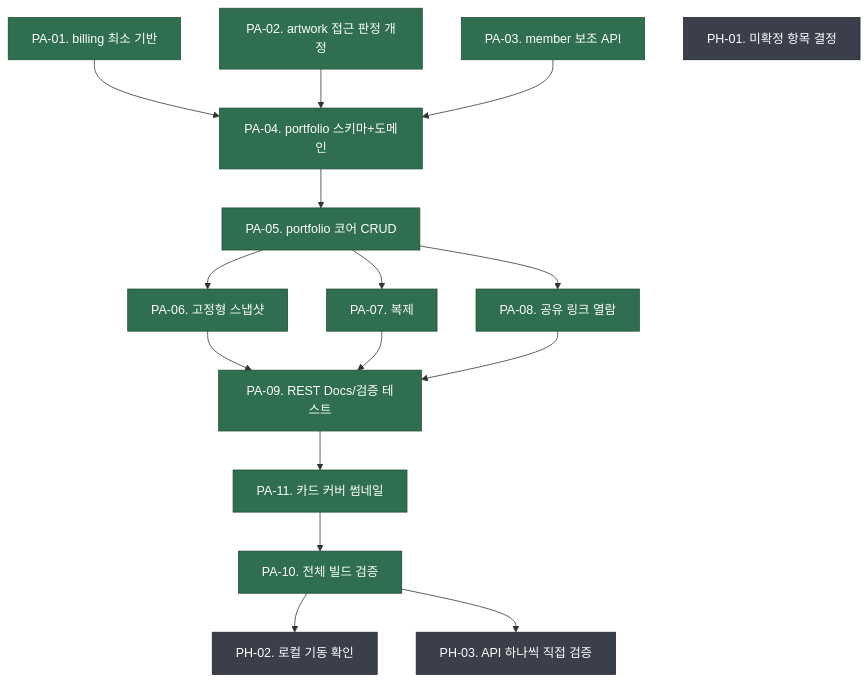
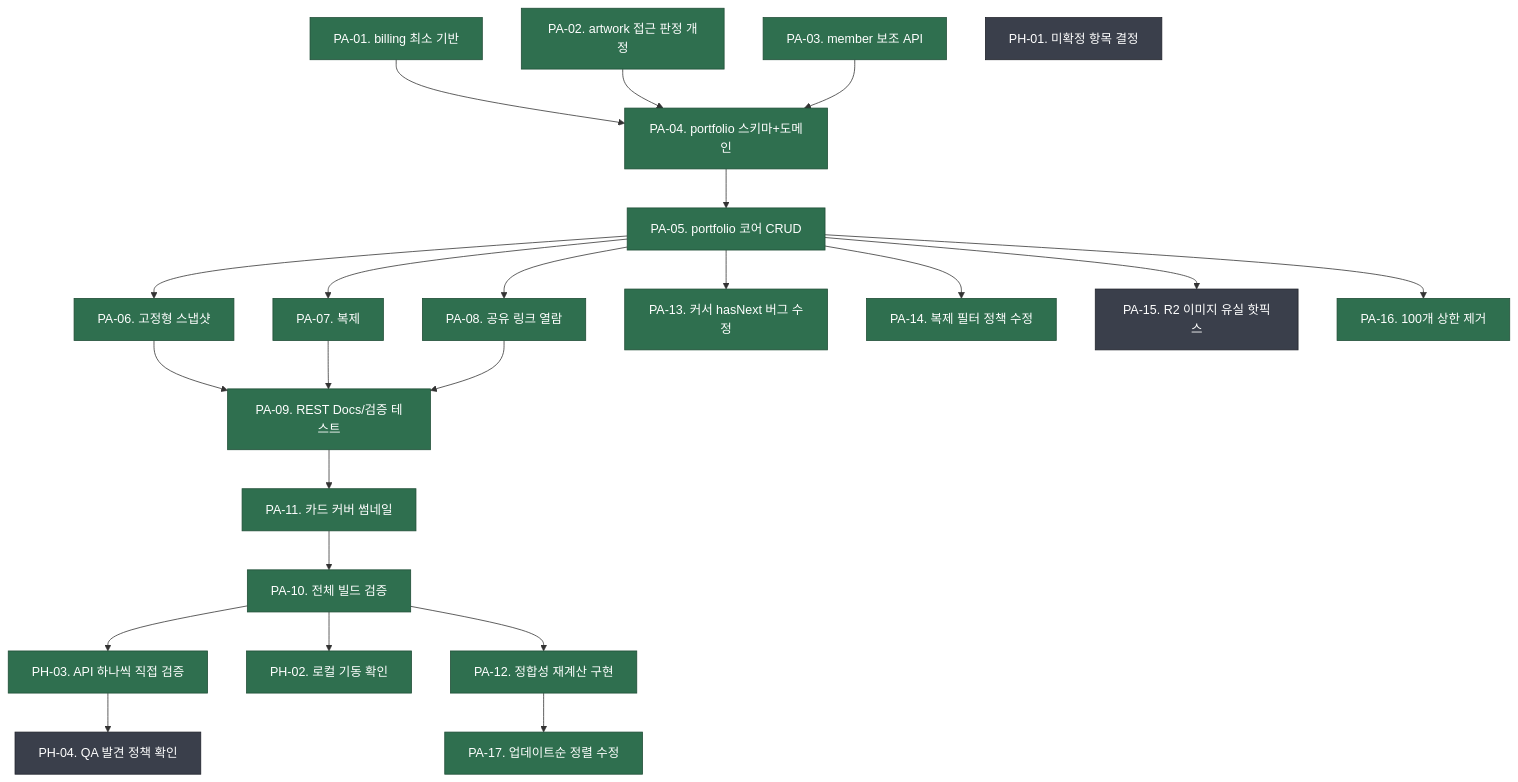
The diagram in plans/260811-portfolio-module/PLAN.md (pack-in/at-crew-backend), drawn with Mermaid before and after one commit. The commit also changed 11 other files, not shown here.

````diff
--- a/plans/260811-portfolio-module/PLAN.md
+++ b/plans/260811-portfolio-module/PLAN.md
@@ -1,39 +1,54 @@
 ```mermaid
 graph TD
     PA01["PA-01. billing 최소 기반"]
     PA02["PA-02. artwork 접근 판정 개정"]
     PA03["PA-03. member 보조 API"]
     PA04["PA-04. portfolio 스키마+도메인"]
     PA05["PA-05. portfolio 코어 CRUD"]
     PA06["PA-06. 고정형 스냅샷"]
     PA07["PA-07. 복제"]
     PA08["PA-08. 공유 링크 열람"]
     PA09["PA-09. REST Docs/검증 테스트"]
     PA11["PA-11. 카드 커버 썸네일"]
     PA10["PA-10. 전체 빌드 검증"]
+    PA12["PA-12. 정합성 재계산 구현"]
+    PA13["PA-13. 커서 hasNext 버그 수정"]
+    PA14["PA-14. 복제 필터 정책 수정"]
+    PA15["PA-15. R2 이미지 유실 핫픽스"]
+    PA16["PA-16. 100개 상한 제거"]
+    PA17["PA-17. 업데이트순 정렬 수정"]
     PH01["PH-01. 미확정 항목 결정"]
     PH02["PH-02. 로컬 기동 확인"]
     PH03["PH-03. API 하나씩 직접 검증"]
+    PH04["PH-04. QA 발견 정책 확인"]
 
     PA01 --> PA04
     PA02 --> PA04
     PA03 --> PA04
     PA04 --> PA05
     PA05 --> PA06
     PA05 --> PA07
     PA05 --> PA08
     PA06 --> PA09
     PA07 --> PA09
     PA08 --> PA09
     PA09 --> PA11
     PA11 --> PA10
     PA10 --> PH02
     PA10 --> PH03
+    PA10 --> PA12
+    PA05 --> PA13
+    PA05 --> PA14
+    PH03 --> PH04
+    PA12 --> PA17
+    PA05 --> PA15
+    PA05 --> PA16
 
     classDef done fill:#2f6f4f,color:#fff,stroke:#1f4d36
     classDef inprogress fill:#8a6d1e,color:#fff,stroke:#5c4a14
     classDef pending fill:#3a3f4b,color:#fff,stroke:#20232b
-    class PA01,PA02,PA03,PA04,PA05,PA06,PA07,PA08,PA09,PA11,PA10 done
-    class PH02,PH03 pending
+    class PA01,PA02,PA03,PA04,PA05,PA06,PA07,PA08,PA09,PA11,PA10,PH02,PH03 done
+    class PA12,PA13,PA14,PA16,PA17 done
+    class PA15,PH04 pending
     class PH01 pending
 ```
````
